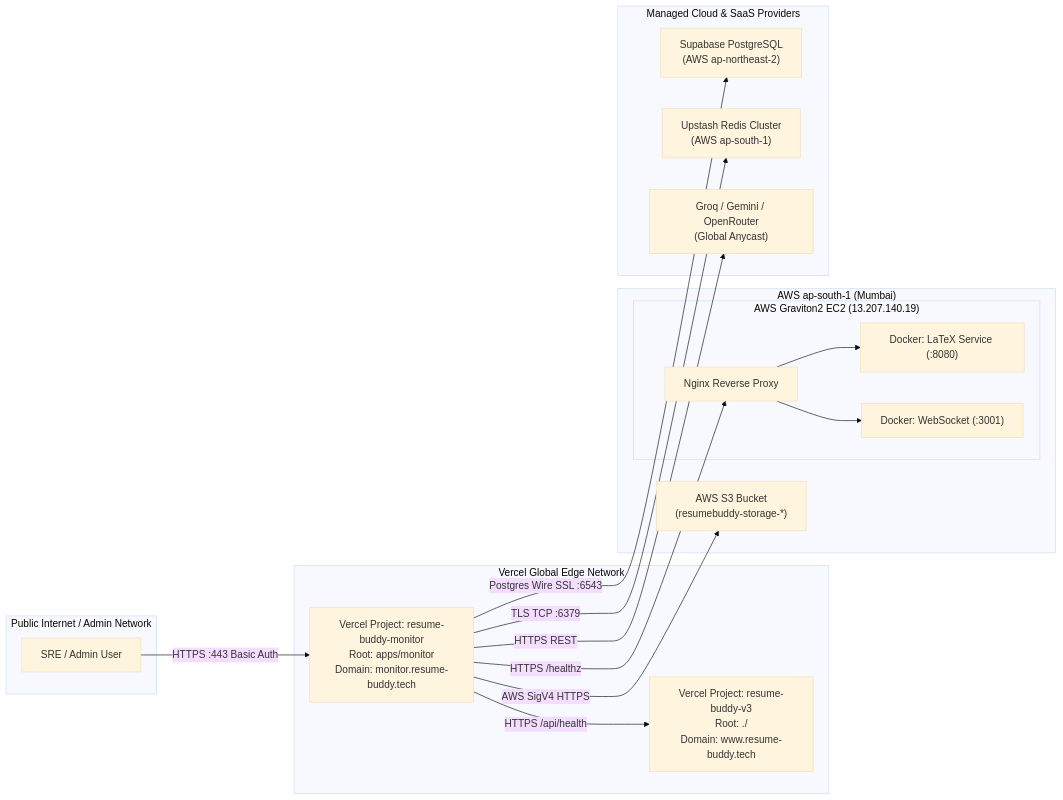
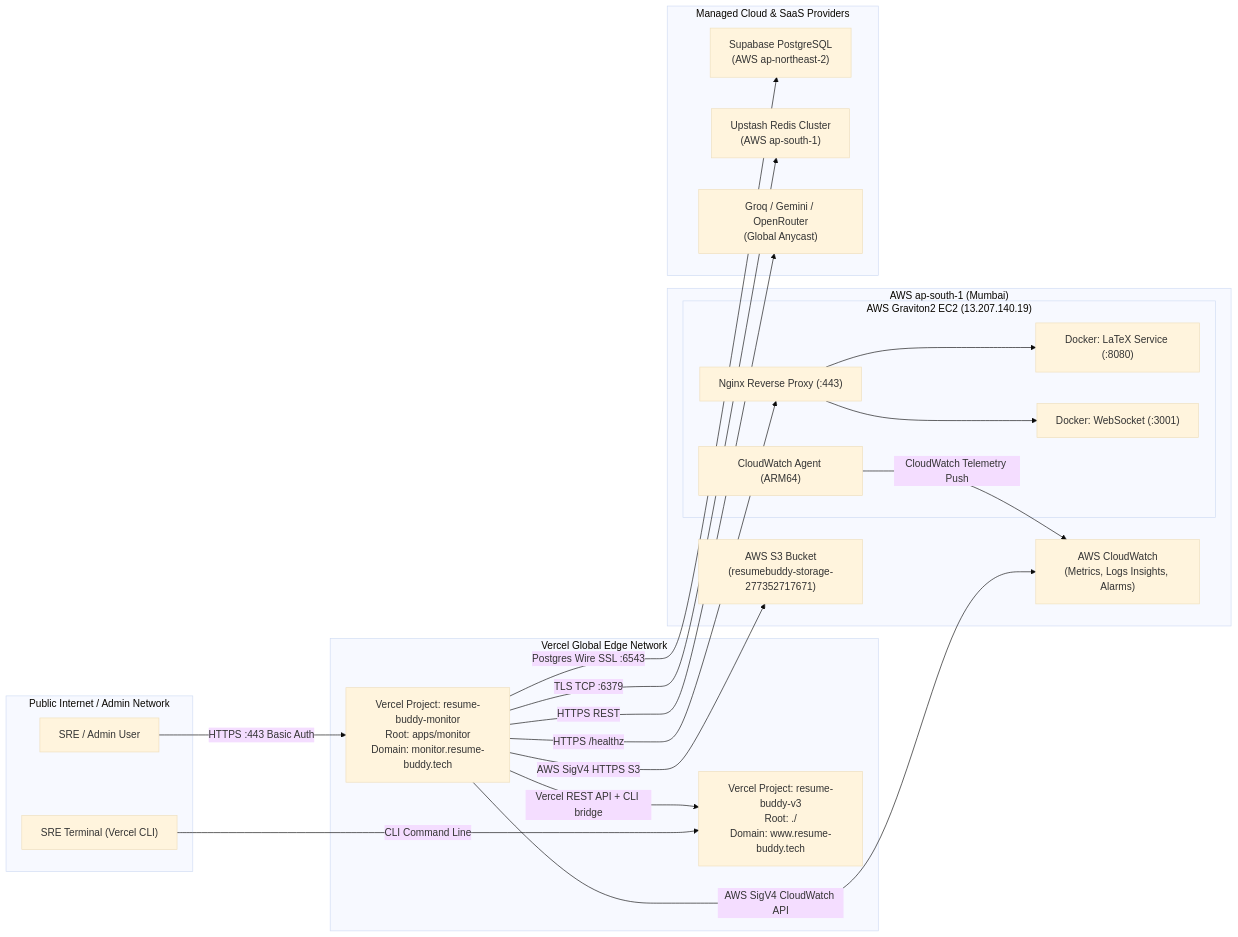
The second of 4 diagrams in docs/MONITORING_ARCHITECTURE_PLAN.md (Rajeevkavala/Resume-Buddy_v3), drawn with Mermaid (base theme) before and after one commit. The commit also changed other lines of this file and 123 other files, not shown here.

````diff
--- a/docs/MONITORING_ARCHITECTURE_PLAN.md
+++ b/docs/MONITORING_ARCHITECTURE_PLAN.md
@@ -109,36 +146,42 @@
 ```mermaid
 flowchart LR
     subgraph Internet["Public Internet / Admin Network"]
         AdminUser["SRE / Admin User"]
+        VercelCLIUser["SRE Terminal (Vercel CLI)"]
     end
 
     subgraph VercelEdge["Vercel Global Edge Network"]
         MonitorApp["Vercel Project: resume-buddy-monitor\nRoot: apps/monitor\nDomain: monitor.resume-buddy.tech"]
         ProdApp["Vercel Project: resume-buddy-v3\nRoot: ./\nDomain: www.resume-buddy.tech"]
     end
 
     subgraph AWSRegion["AWS ap-south-1 (Mumbai)"]
         subgraph EC2["AWS Graviton2 EC2 (13.207.140.19)"]
-            Nginx["Nginx Reverse Proxy"]
+            Nginx["Nginx Reverse Proxy (:443)"]
             DockerLaTeX["Docker: LaTeX Service (:8080)"]
             DockerWS["Docker: WebSocket (:3001)"]
+            CWAgentHost["CloudWatch Agent (ARM64)"]
         end
-        S3Bucket["AWS S3 Bucket\n(resumebuddy-storage-*)"]
+        S3Bucket["AWS S3 Bucket\n(resumebuddy-storage-277352717671)"]
+        CloudWatchSuite["AWS CloudWatch\n(Metrics, Logs Insights, Alarms)"]
     end
 
     subgraph CloudServices["Managed Cloud & SaaS Providers"]
         Supabase["Supabase PostgreSQL\n(AWS ap-northeast-2)"]
         Upstash["Upstash Redis Cluster\n(AWS ap-south-1)"]
         AIEndpoints["Groq / Gemini / OpenRouter\n(Global Anycast)"]
     end
 
     AdminUser -->|HTTPS :443 Basic Auth| MonitorApp
-    MonitorApp -->|HTTPS /api/health| ProdApp
+    VercelCLIUser -->|CLI Command Line| ProdApp
+    MonitorApp -->|Vercel REST API + CLI bridge| ProdApp
     MonitorApp -->|HTTPS /healthz| Nginx
     Nginx --> DockerLaTeX
     Nginx --> DockerWS
+    CWAgentHost -->|CloudWatch Telemetry Push| CloudWatchSuite
+    MonitorApp -->|AWS SigV4 CloudWatch API| CloudWatchSuite
     MonitorApp -->|Postgres Wire SSL :6543| Supabase
     MonitorApp -->|TLS TCP :6379| Upstash
-    MonitorApp -->|AWS SigV4 HTTPS| S3Bucket
+    MonitorApp -->|AWS SigV4 HTTPS S3| S3Bucket
     MonitorApp -->|HTTPS REST| AIEndpoints
 ```
````
